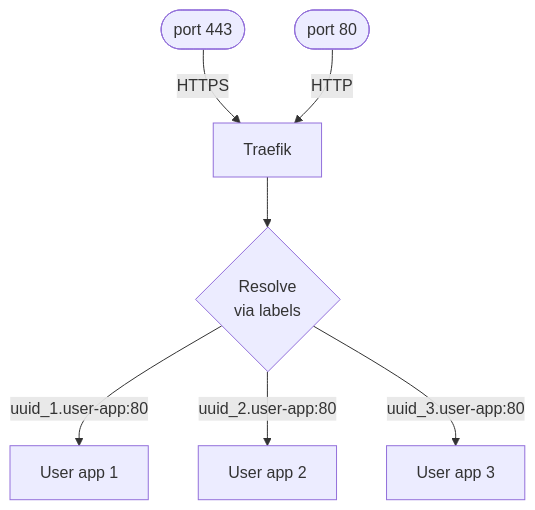
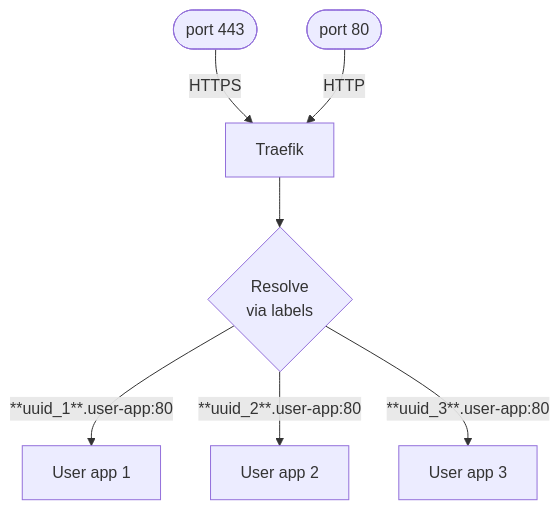
The diagram in Architecture.md (paastech-cloud/docs), drawn with Mermaid before and after one commit. The commit also changed other lines of this file, not shown here.

Commit message:
Docs[Pomegranate]: Elaborate on FQDN, bold uuid

````diff
--- a/Architecture.md
+++ b/Architecture.md
@@ -104,20 +104,20 @@
 ```mermaid
 flowchart TD
     web([port 80])
     webscure([port 443])
     traefik[Traefik]
     app_1[User app 1]
     app_2[User app 2]
     app_3[User app 3]
 
     rules{Resolve\nvia labels}
 
     webscure --> |HTTPS| traefik
     web --> |HTTP| traefik
     traefik --> rules
 
-    rules --> |uuid_1.user-app:80| app_1
-    rules --> |uuid_2.user-app:80| app_2
-    rules --> |uuid_3.user-app:80| app_3
+    rules --> |**uuid_1**.user-app:80| app_1
+    rules --> |**uuid_2**.user-app:80| app_2
+    rules --> |**uuid_3**.user-app:80| app_3
 
 ```
````
